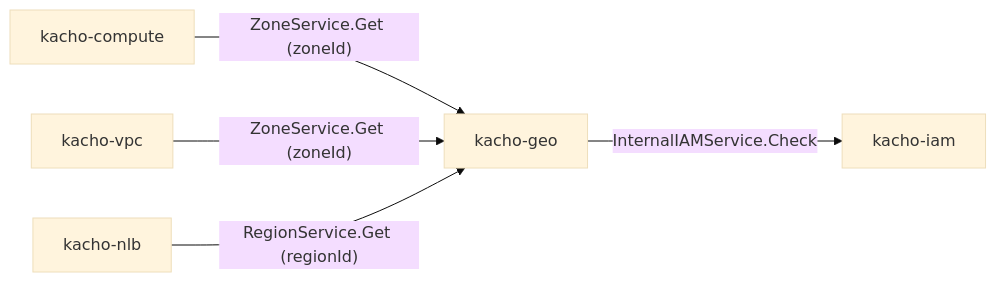
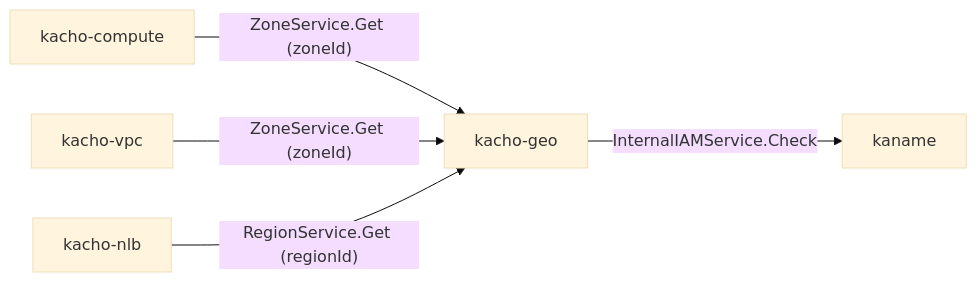
Before and after one commit to PRO-Robotech/kacho: the fourth of 4 diagrams in services/geo/docs/content/architecture/overview.mdx, drawn with Mermaid (base theme). The commit also changed other lines of this file and 5005 other files, not shown here.

````diff
--- a/services/geo/docs/content/architecture/overview.mdx
+++ b/services/geo/docs/content/architecture/overview.mdx
@@ -172,7 +172,7 @@
 ```mermaid
 flowchart LR
   cmp["kacho-compute"] -->|"ZoneService.Get (zoneId)"| geo["kacho-geo"]
   vpc["kacho-vpc"] -->|"ZoneService.Get (zoneId)"| geo
   nlb["kacho-nlb"] -->|"RegionService.Get (regionId)"| geo
-  geo -->|"InternalIAMService.Check"| iam["kacho-iam"]
+  geo -->|"InternalIAMService.Check"| iam["kaname"]
 ```
````
